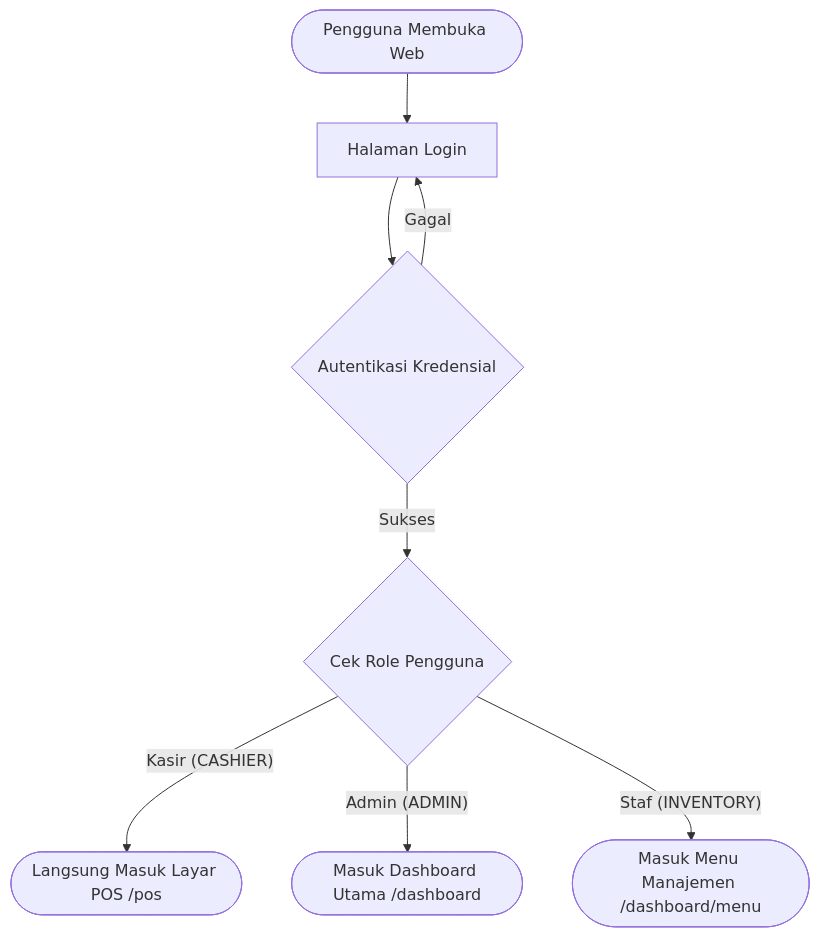
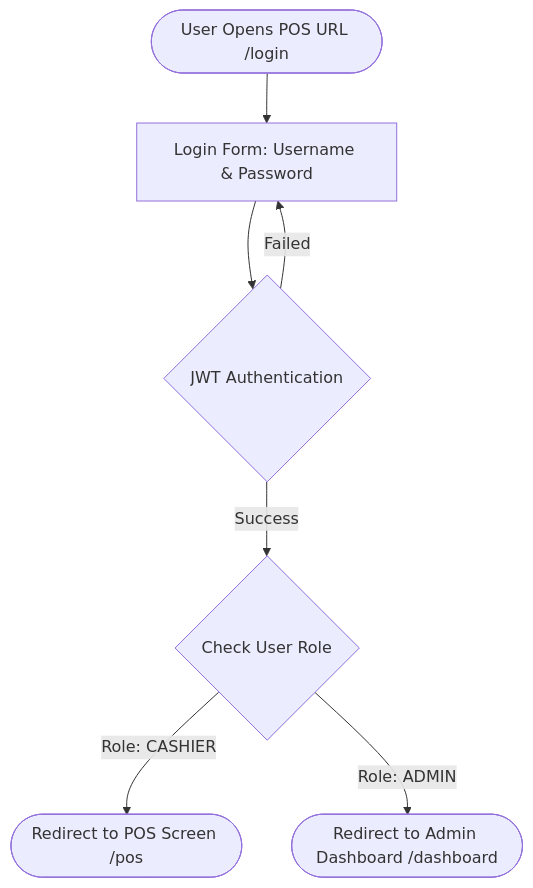
The first of 6 diagrams in docs/3_USER_FLOW.md (20alfiansyah/secondacc), drawn with Mermaid before and after one commit. The commit also changed other lines of this file and 31 other files, not shown here.

````diff
--- a/docs/3_USER_FLOW.md
+++ b/docs/3_USER_FLOW.md
@@ -5,10 +9,9 @@
 ```mermaid
 flowchart TD
-    A([Pengguna Membuka Web]) --> B[Halaman Login]
-    B --> C{Autentikasi Kredensial}
-    C -- Gagal --> B
-    C -- Sukses --> D{Cek Role Pengguna}
-    D -- Kasir (CASHIER) --> E([Langsung Masuk Layar POS /pos])
-    D -- Admin (ADMIN) --> F([Masuk Dashboard Utama /dashboard])
-    D -- Staf (INVENTORY) --> G([Masuk Menu Manajemen /dashboard/menu])
+    A([User Opens POS URL /login]) --> B[Login Form: Username & Password]
+    B --> C{JWT Authentication}
+    C -- Failed --> B
+    C -- Success --> D{Check User Role}
+    D -- Role: CASHIER --> E([Redirect to POS Screen /pos])
+    D -- Role: ADMIN --> F([Redirect to Admin Dashboard /dashboard])
 ```
````
